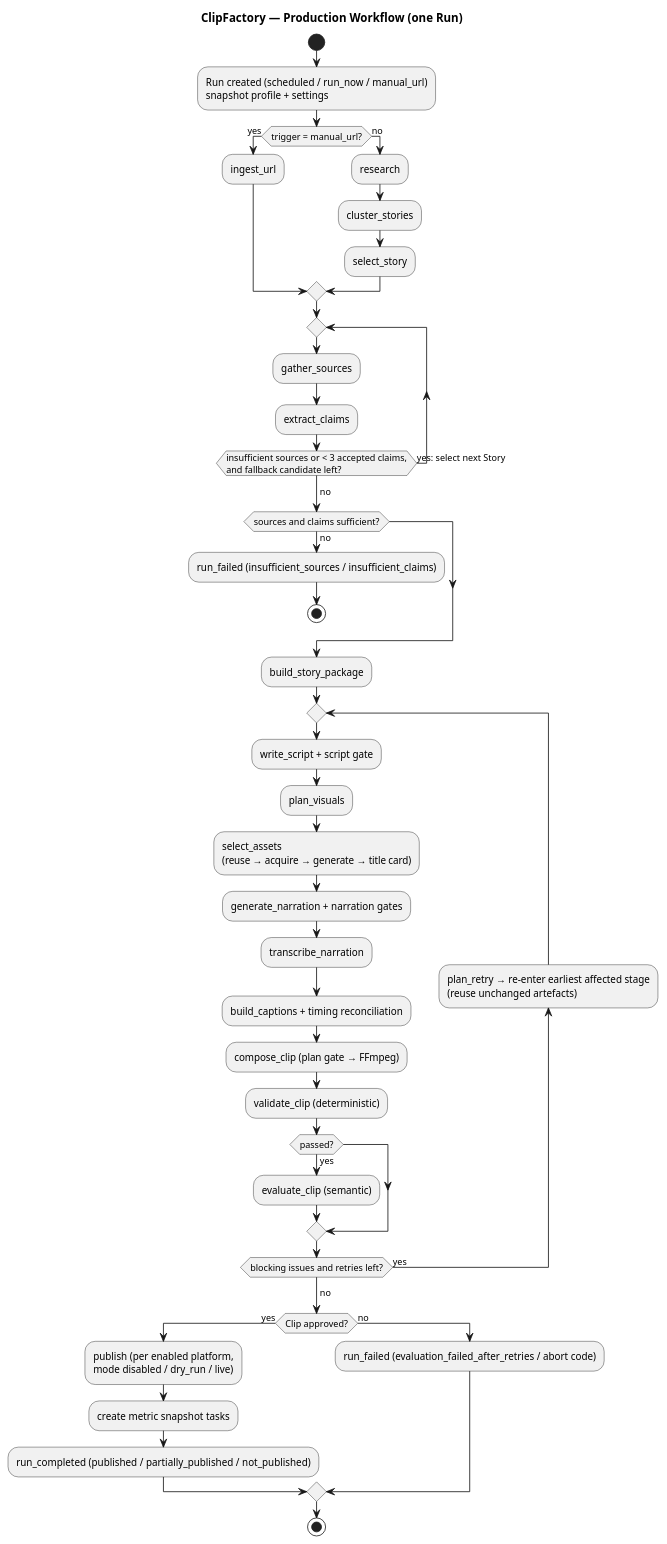
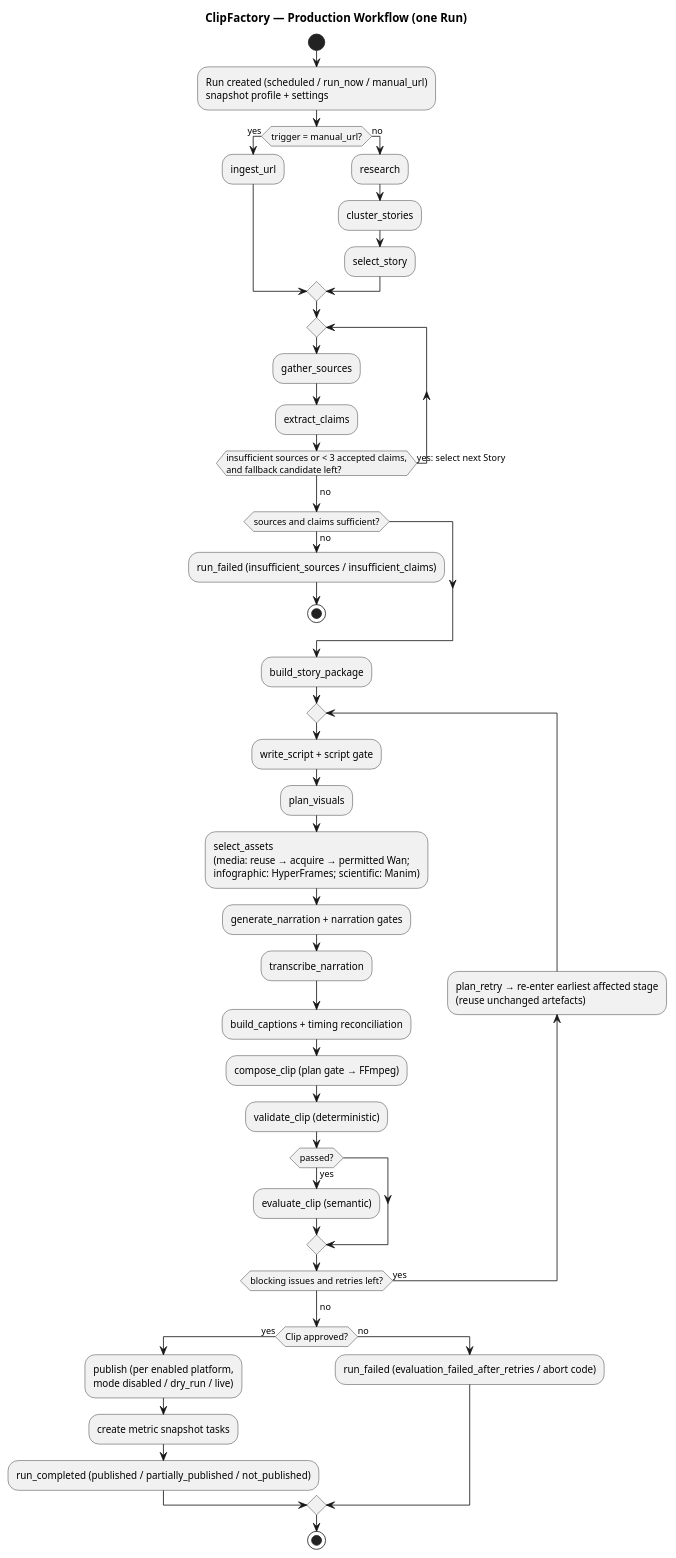
One commit to lePuffin/ClipFactory changed the diagram in doc/specifications/architecture/diagrams/production-workflow.puml. Above: the diagram before and after it, drawn with PlantUML. The commit also changed 306 other files, not shown here.

```diff
--- a/doc/specifications/architecture/diagrams/production-workflow.puml
+++ b/doc/specifications/architecture/diagrams/production-workflow.puml
@@ -1,47 +1,47 @@
 @startuml production-workflow
 ' Stage names are canonical — ../../16-scheduling-and-runs.md#stages
 title ClipFactory — Production Workflow (one Run)
 
 start
 :Run created (scheduled / run_now / manual_url)\nsnapshot profile + settings;
 if (trigger = manual_url?) then (yes)
   :ingest_url;
 else (no)
   :research;
   :cluster_stories;
   :select_story;
 endif
 repeat
   :gather_sources;
   :extract_claims;
 repeat while (insufficient sources or < 3 accepted claims,\nand fallback candidate left?) is (yes: select next Story)
 ->no;
 if (sources and claims sufficient?) then (no)
   :run_failed (insufficient_sources / insufficient_claims);
   stop
 endif
 :build_story_package;
 repeat
   :write_script + script gate;
   :plan_visuals;
-  :select_assets\n(reuse → acquire → generate → title card);
+  :select_assets\n(media: reuse → acquire → permitted Wan;\ninfographic: HyperFrames; scientific: Manim);
   :generate_narration + narration gates;
   :transcribe_narration;
   :build_captions + timing reconciliation;
   :compose_clip (plan gate → FFmpeg);
   :validate_clip (deterministic);
   if (passed?) then (yes)
     :evaluate_clip (semantic);
   endif
   backward:plan_retry → re-enter earliest affected stage\n(reuse unchanged artefacts);
 repeat while (blocking issues and retries left?) is (yes)
 ->no;
 if (Clip approved?) then (yes)
   :publish (per enabled platform,\nmode disabled / dry_run / live);
   :create metric snapshot tasks;
   :run_completed (published / partially_published / not_published);
 else (no)
   :run_failed (evaluation_failed_after_retries / abort code);
 endif
 stop
 @enduml
```
